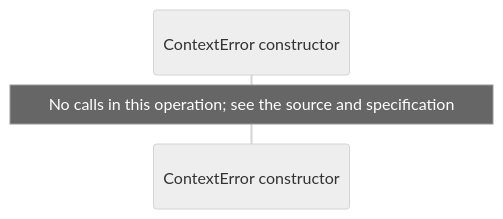
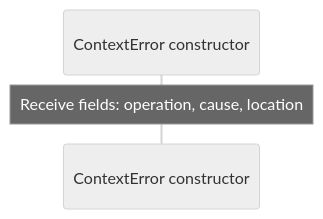
One commit to GreenPandaStudios/augscript changed the third of 4 diagrams in src/stdlib/errors/context.aug.diagrams.md. Above: the diagram before and after it, drawn with Mermaid (neutral theme). The commit also changed 289 other files, not shown here.

Commit message:
Correct diagram control flow and complete generated wiki navigation

````diff
--- a/src/stdlib/errors/context.aug.diagrams.md
+++ b/src/stdlib/errors/context.aug.diagrams.md
@@ -35,6 +35,6 @@
 ```mermaid
 sequenceDiagram
     participant p0 as ContextError constructor
 
-    Note over p0: No calls in this operation#59; see the source and specification
+    Note over p0: Receive fields: operation, cause, location
 ```
````
